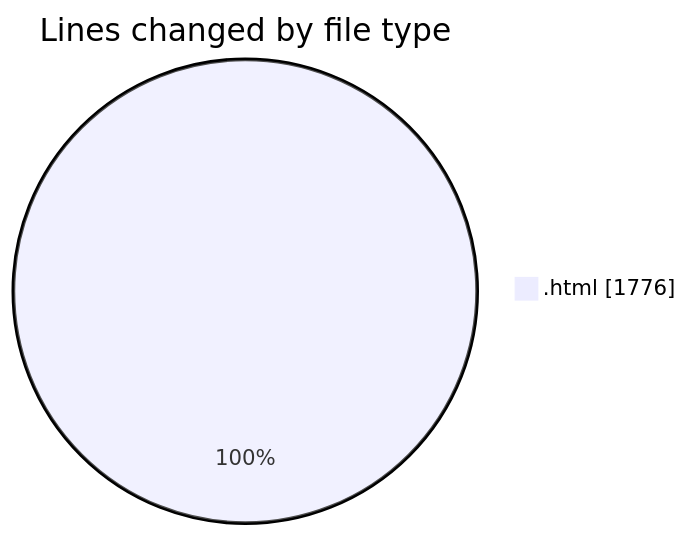
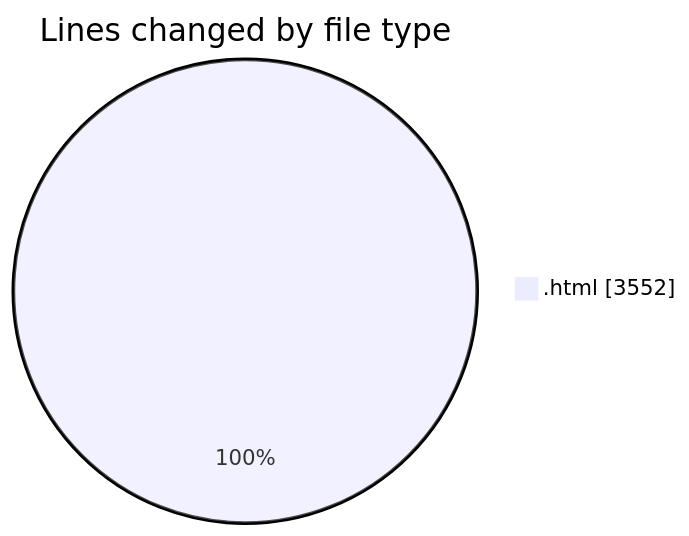
Before and after one commit to LanceThiago/code-tracking: the first of 2 diagrams in 2026-10-06/downloads/README.md, drawn with Mermaid. The commit also changed other lines of this file and 1 other file, not shown here.

````diff
--- a/2026-10-06/downloads/README.md
+++ b/2026-10-06/downloads/README.md
@@ -20,5 +20,5 @@
 ```mermaid
 pie showData
 title Lines changed by file type
-".html" : 1776
+".html" : 3552
 ```
````
